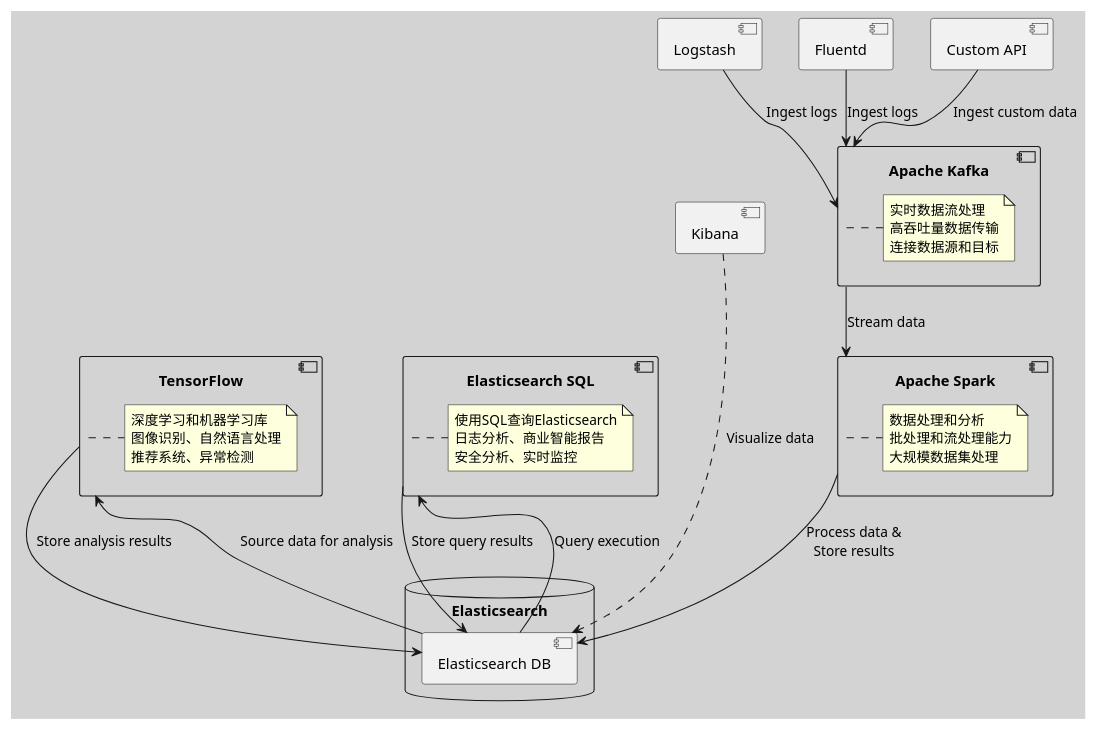
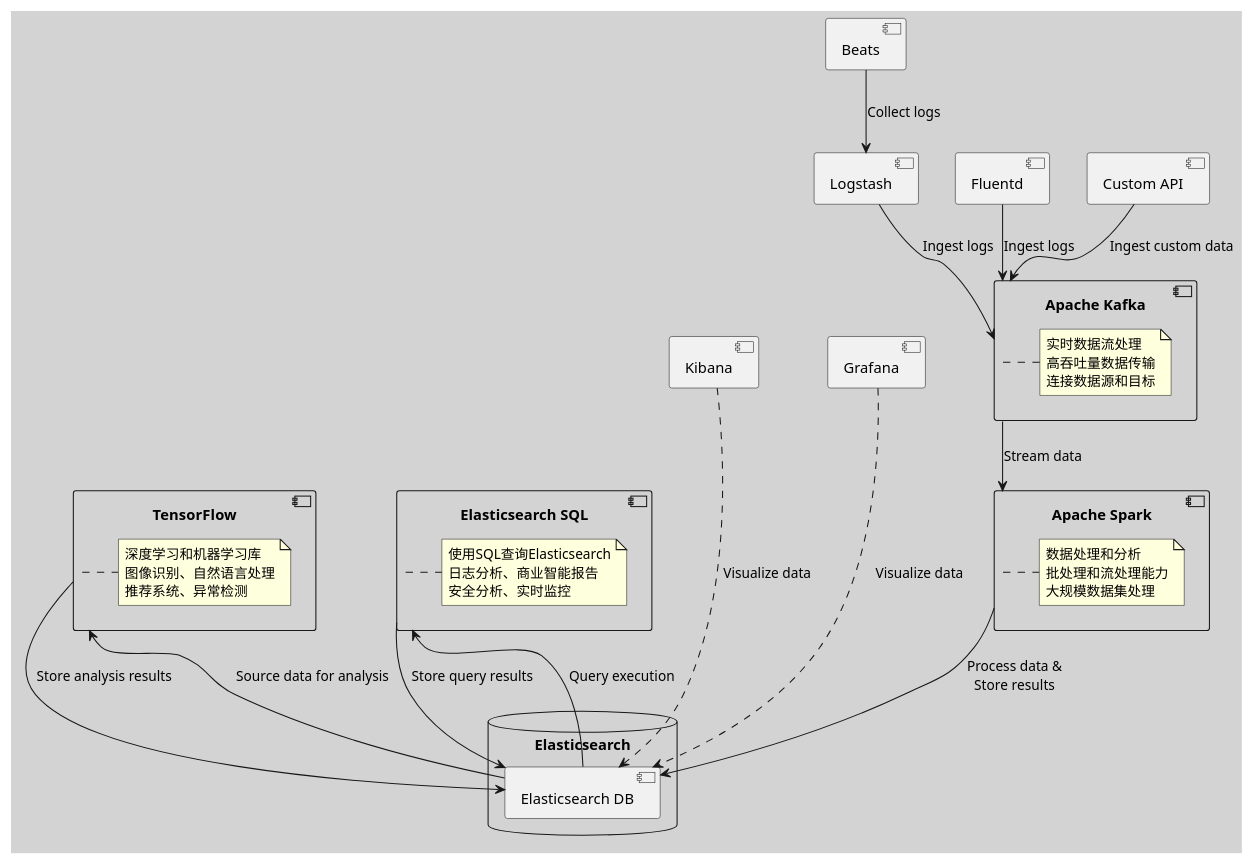
Before and after one commit to huangyingw/system_design: the diagram in imvu_system_architecture/imvu_elasticsearch_architecture_diagram.puml, drawn with PlantUML.

```diff
--- a/imvu_system_architecture/imvu_elasticsearch_architecture_diagram.puml
+++ b/imvu_system_architecture/imvu_elasticsearch_architecture_diagram.puml
@@ -1,49 +1,61 @@
 @startuml
 skinparam backgroundColor #D3D3D3
 
-' Data Collection & Import Components
 component "Logstash" as Logstash
 component "Fluentd" as Fluentd
 component "Custom API" as CustomAPI
+component "Beats" as Beats
 
-' Data Streaming & Processing Components
 component "Apache Kafka" as Kafka {
-    note right of Kafka : 实时数据流处理\n高吞吐量数据传输\n连接数据源和目标
+    note right of Kafka
+      实时数据流处理
+      高吞吐量数据传输
+      连接数据源和目标
+    end note
 }
 component "Apache Spark" as Spark {
-    note right of Spark : 数据处理和分析\n批处理和流处理能力\n大规模数据集处理
+    note right of Spark
+      数据处理和分析
+      批处理和流处理能力
+      大规模数据集处理
+    end note
 }
 
-' Data Analysis Components
 component "TensorFlow" as TensorFlow {
-    note right of TensorFlow : 深度学习和机器学习库\n图像识别、自然语言处理\n推荐系统、异常检测
+    note right of TensorFlow
+      深度学习和机器学习库
+      图像识别、自然语言处理
+      推荐系统、异常检测
+    end note
 }
 component "Elasticsearch SQL" as ESSQL {
-    note right of ESSQL : 使用SQL查询Elasticsearch\n日志分析、商业智能报告\n安全分析、实时监控
+    note right of ESSQL
+      使用SQL查询Elasticsearch
+      日志分析、商业智能报告
+      安全分析、实时监控
+    end note
 }
 component "Kibana" as Kibana
+component "Grafana" as Grafana
 
-' Elasticsearch Database
 database "Elasticsearch" {
     [Elasticsearch DB]
 }
 
-' Connections for Data Collection & Import
+Beats --> Logstash : Collect logs
 Logstash --> Kafka : Ingest logs
 Fluentd --> Kafka : Ingest logs
 CustomAPI --> Kafka : Ingest custom data
 
-' Connections for Data Streaming & Processing
 Kafka --> Spark : Stream data
 
-' Connections for Data Processing & Analysis
 Spark --> [Elasticsearch DB] : Process data &\nStore results
 
-' Data Analysis Connections
 [Elasticsearch DB] --> TensorFlow : Source data for analysis
 TensorFlow --> [Elasticsearch DB] : Store analysis results
 [Elasticsearch DB] --> ESSQL : Query execution
 ESSQL --> [Elasticsearch DB] : Store query results
 Kibana -.-> [Elasticsearch DB] : Visualize data
+Grafana -.-> [Elasticsearch DB] : Visualize data
 
 @enduml
```
